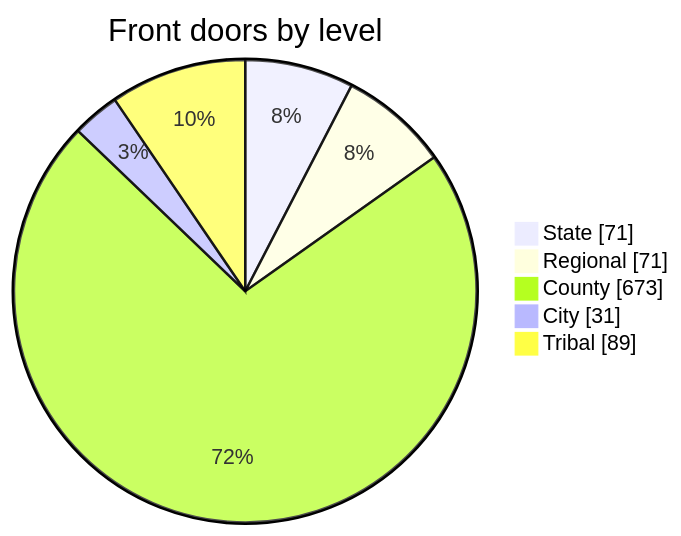
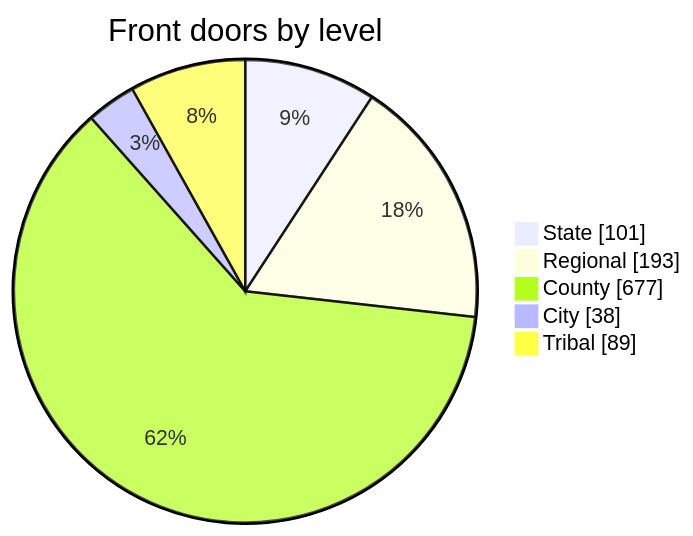
One commit to jamiegannaway/kinderform changed the second of 3 diagrams in docs/us-survey-plan.md. Above: the diagram before and after it, drawn with Mermaid. The commit also changed other lines of this file and 1 other file, not shown here.

````diff
--- a/docs/us-survey-plan.md
+++ b/docs/us-survey-plan.md
@@ -56,8 +56,8 @@
 ```mermaid
 pie showData title Front doors by level
-    "State" : 71
-    "Regional" : 71
-    "County" : 673
-    "City" : 31
+    "State" : 101
+    "Regional" : 193
+    "County" : 677
+    "City" : 38
     "Tribal" : 89
 ```
````
